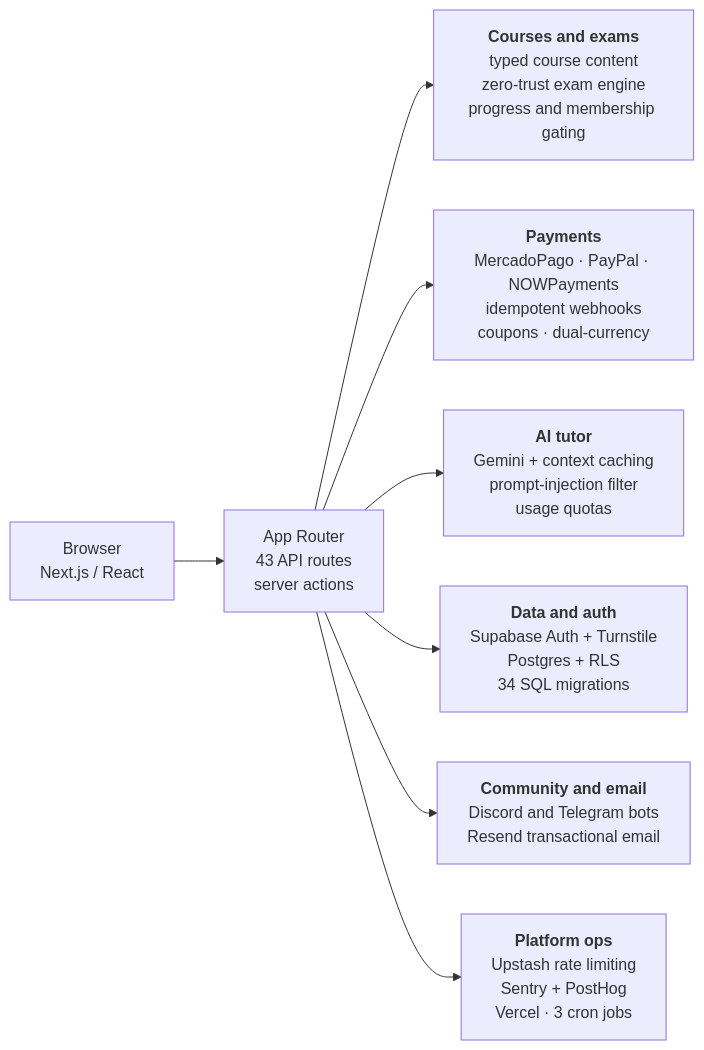
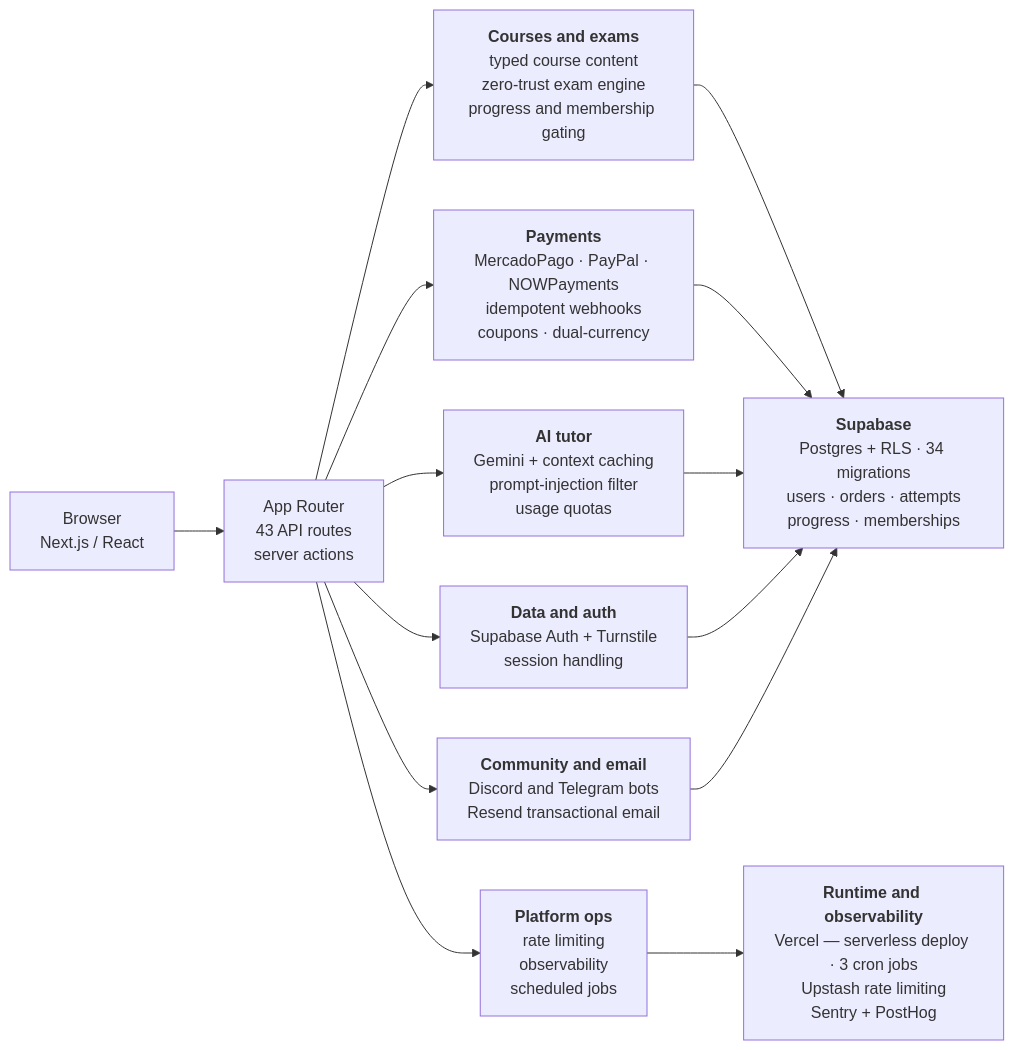
The diagram in README.md (frannkurt/flowdex-academy), drawn with Mermaid before and after one commit. The commit also changed other lines of this file, not shown here.

Commit message:
Extend architecture diagram with persistence and infra layer

````diff
--- a/README.md
+++ b/README.md
@@ -24,11 +24,21 @@
 ```mermaid
 flowchart LR
     Browser["Browser<br/>Next.js / React"] --> App["App Router<br/>43 API routes<br/>server actions"]
 
     App --> Courses["<b>Courses and exams</b><br/>typed course content<br/>zero-trust exam engine<br/>progress and membership gating"]
     App --> Pay["<b>Payments</b><br/>MercadoPago · PayPal · NOWPayments<br/>idempotent webhooks<br/>coupons · dual-currency"]
     App --> Tutor["<b>AI tutor</b><br/>Gemini + context caching<br/>prompt-injection filter<br/>usage quotas"]
-    App --> Data["<b>Data and auth</b><br/>Supabase Auth + Turnstile<br/>Postgres + RLS<br/>34 SQL migrations"]
+    App --> Data["<b>Data and auth</b><br/>Supabase Auth + Turnstile<br/>session handling"]
     App --> Comms["<b>Community and email</b><br/>Discord and Telegram bots<br/>Resend transactional email"]
-    App --> Ops["<b>Platform ops</b><br/>Upstash rate limiting<br/>Sentry + PostHog<br/>Vercel · 3 cron jobs"]
+    App --> Ops["<b>Platform ops</b><br/>rate limiting<br/>observability<br/>scheduled jobs"]
+
+    Courses --> SB
+    Pay --> SB
+    Tutor --> SB
+    Data --> SB
+    Comms --> SB
+    Ops --> Infra
+
+    SB["<b>Supabase</b><br/>Postgres + RLS · 34 migrations<br/>users · orders · attempts<br/>progress · memberships"]
+    Infra["<b>Runtime and observability</b><br/>Vercel — serverless deploy · 3 cron jobs<br/>Upstash rate limiting<br/>Sentry + PostHog"]
 ```
````
